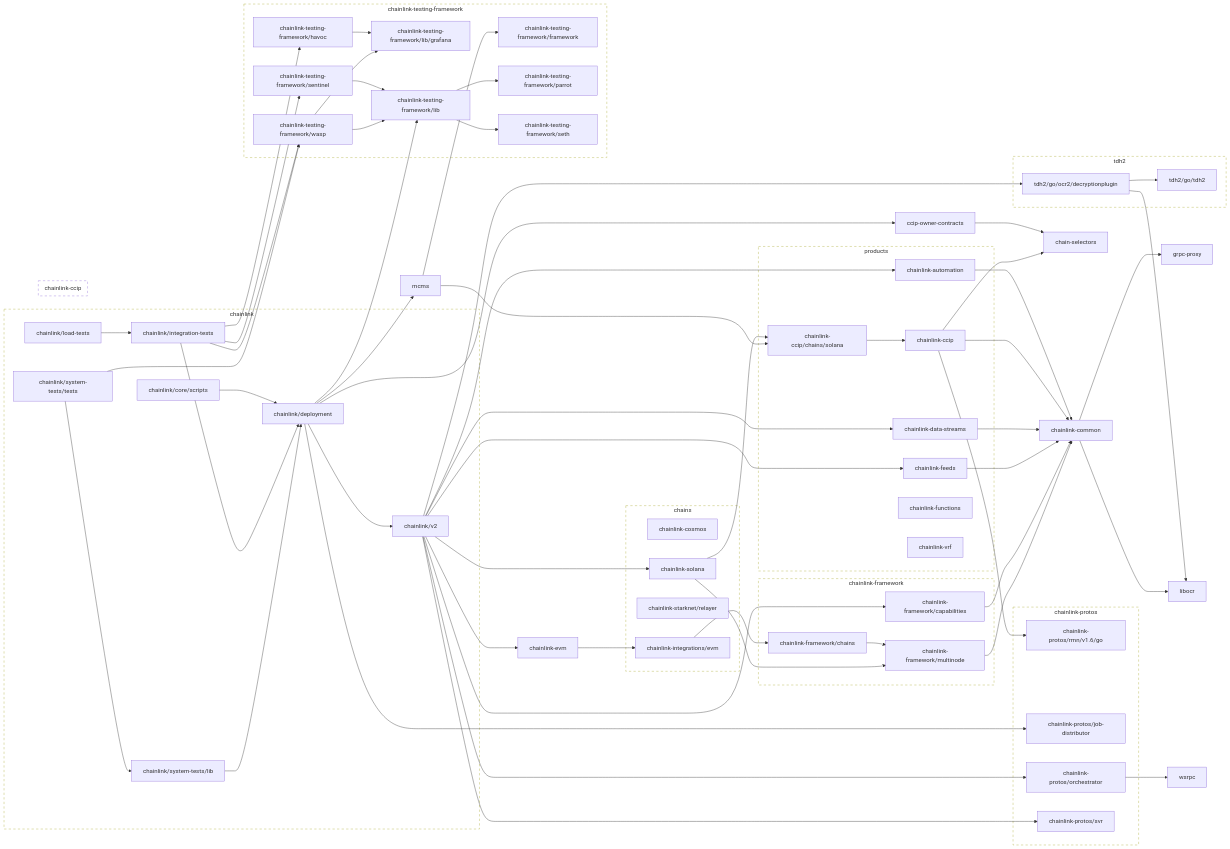
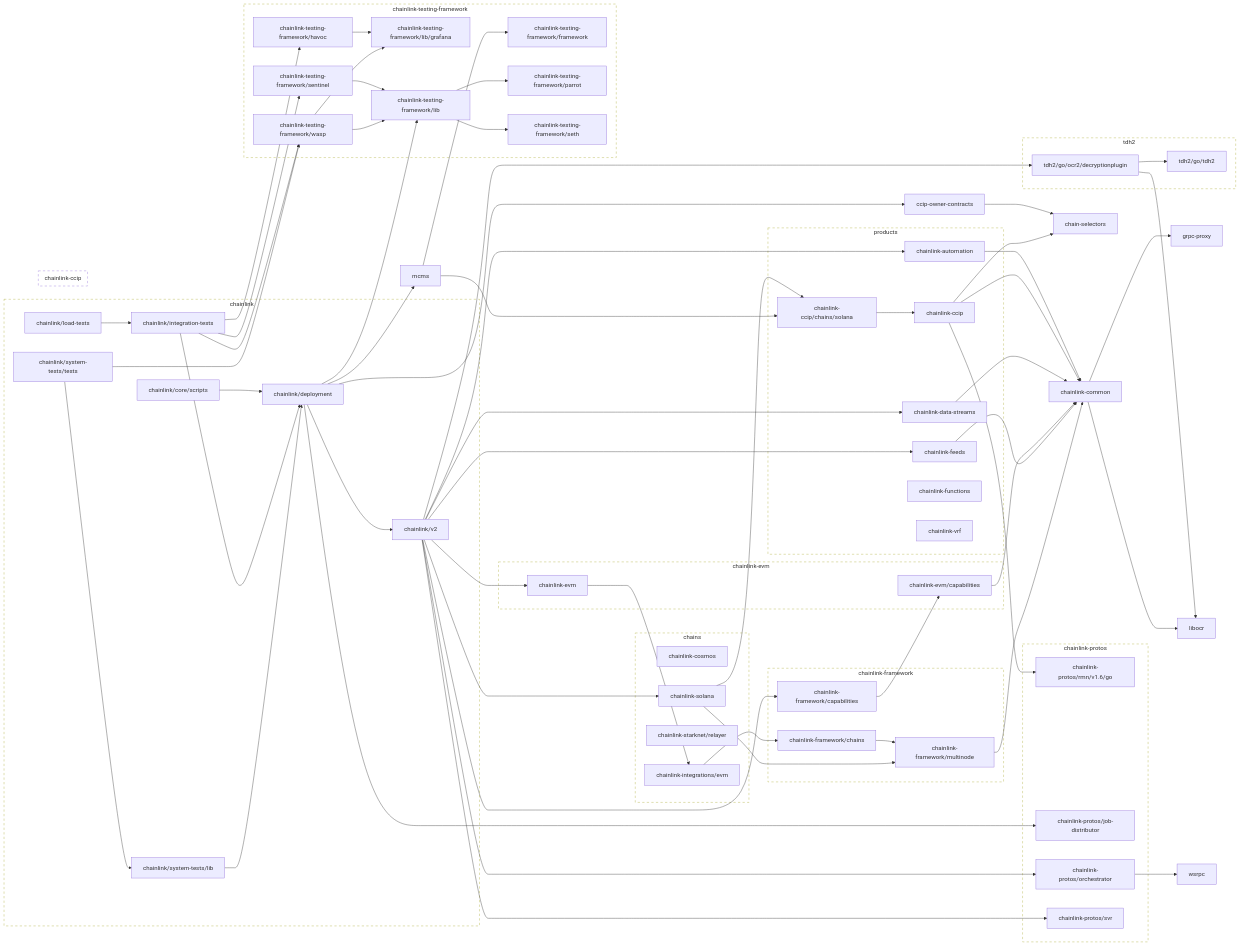
The second of 2 diagrams in go.md (smartcontractkit/chainlink), drawn with Mermaid before and after one commit. The commit also changed other lines of this file and 15 other files, not shown here.

````diff
--- a/go.md
+++ b/go.md
@@ -151,9 +159,11 @@
 	click chainlink-data-streams href "https://github.com/smartcontractkit/chainlink-data-streams"
 	chainlink-evm --> chainlink-integrations/evm
 	click chainlink-evm href "https://github.com/smartcontractkit/chainlink-evm"
+	chainlink-evm/capabilities --> chainlink-common
+	click chainlink-evm/capabilities href "https://github.com/smartcontractkit/chainlink-evm"
 	chainlink-feeds --> chainlink-common
 	click chainlink-feeds href "https://github.com/smartcontractkit/chainlink-feeds"
-	chainlink-framework/capabilities --> chainlink-common
+	chainlink-framework/capabilities --> chainlink-evm/capabilities
 	click chainlink-framework/capabilities href "https://github.com/smartcontractkit/chainlink-framework"
 	chainlink-framework/chains --> chainlink-framework/multinode
 	click chainlink-framework/chains href "https://github.com/smartcontractkit/chainlink-framework"
@@ -252,6 +262,12 @@
 	end
 	click chainlink-ccip-repo href "https://github.com/smartcontractkit/chainlink-ccip"
 
+	subgraph chainlink-evm-repo[chainlink-evm]
+		 chainlink-evm
+		 chainlink-evm/capabilities
+	end
+	click chainlink-evm-repo href "https://github.com/smartcontractkit/chainlink-evm"
+
 	subgraph chainlink-framework-repo[chainlink-framework]
 		 chainlink-framework/capabilities
 		 chainlink-framework/chains
@@ -286,5 +302,5 @@
 	click tdh2-repo href "https://github.com/smartcontractkit/tdh2"
 
 	classDef outline stroke-dasharray:6,fill:none;
-	class chainlink-repo,chainlink-ccip-repo,chainlink-framework-repo,chainlink-protos-repo,chainlink-testing-framework-repo,tdh2-repo outline
+	class chainlink-repo,chainlink-ccip-repo,chainlink-evm-repo,chainlink-framework-repo,chainlink-protos-repo,chainlink-testing-framework-repo,tdh2-repo outline
 ```
````
